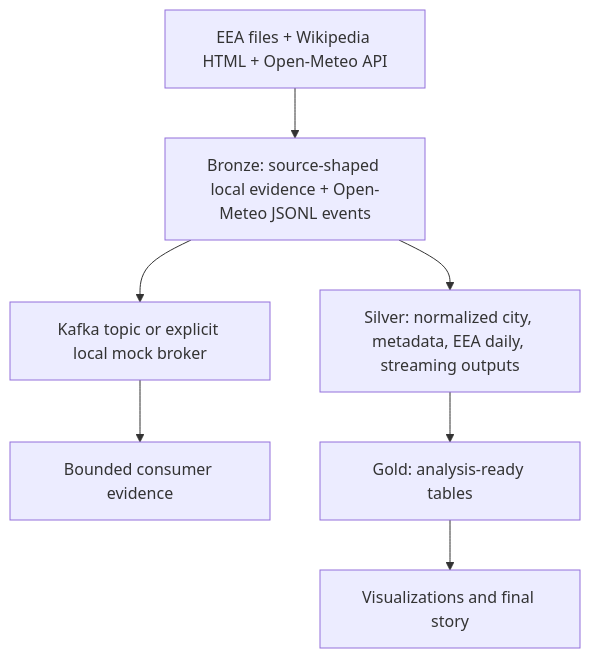
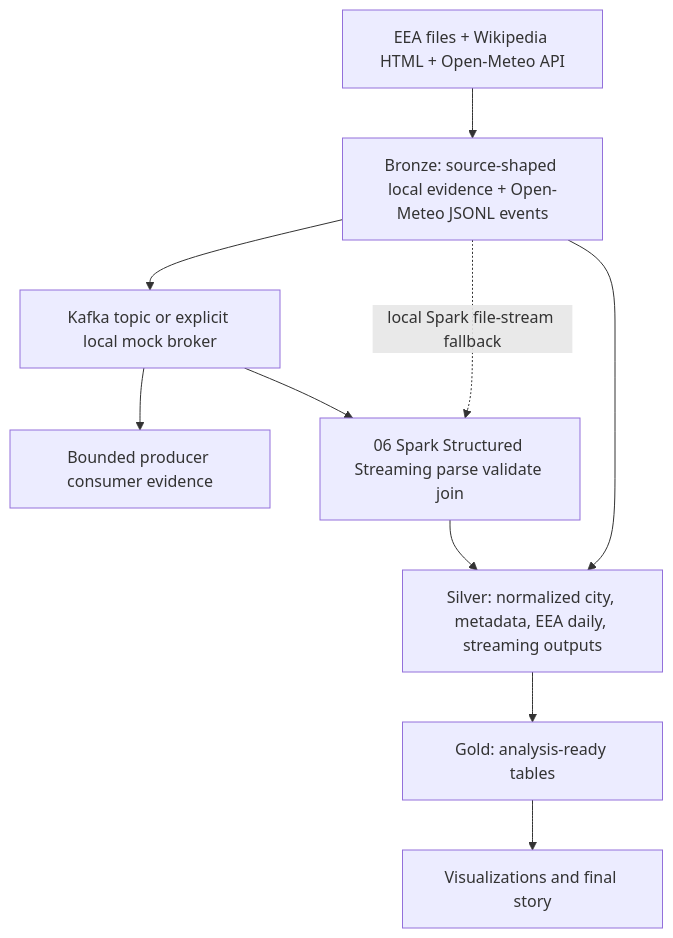
The diagram in docs/diagrams/dataflow.mmd (OnlyMajorG/euro-air-quality-pipeline), drawn with Mermaid before and after one commit. The commit also changed 16 other files, not shown here.

Commit message:
Phase 6: Spark Structured Streaming Kafka to Parquet

```diff
--- a/docs/diagrams/dataflow.mmd
+++ b/docs/diagrams/dataflow.mmd
@@ -1,7 +1,10 @@
 flowchart TD
     Sources["EEA files + Wikipedia HTML + Open-Meteo API"] --> Bronze["Bronze: source-shaped local evidence + Open-Meteo JSONL events"]
     Bronze --> Broker["Kafka topic or explicit local mock broker"]
-    Broker --> Evidence["Bounded consumer evidence"]
+    Broker --> Evidence["Bounded producer consumer evidence"]
+    Broker --> Spark["06 Spark Structured Streaming parse validate join"]
+    Bronze -. "local Spark file-stream fallback" .-> Spark
     Bronze --> Silver["Silver: normalized city, metadata, EEA daily, streaming outputs"]
+    Spark --> Silver
     Silver --> Gold["Gold: analysis-ready tables"]
     Gold --> Viz["Visualizations and final story"]
```
